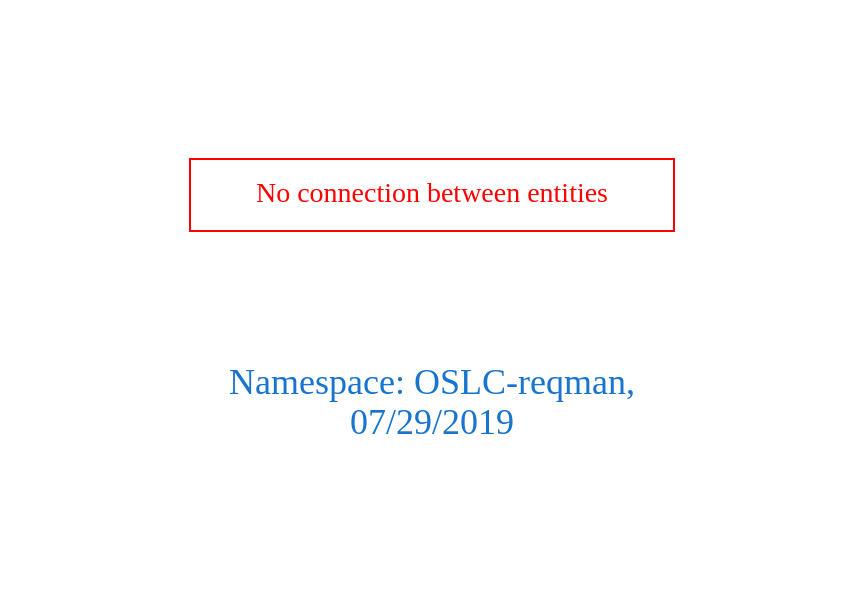
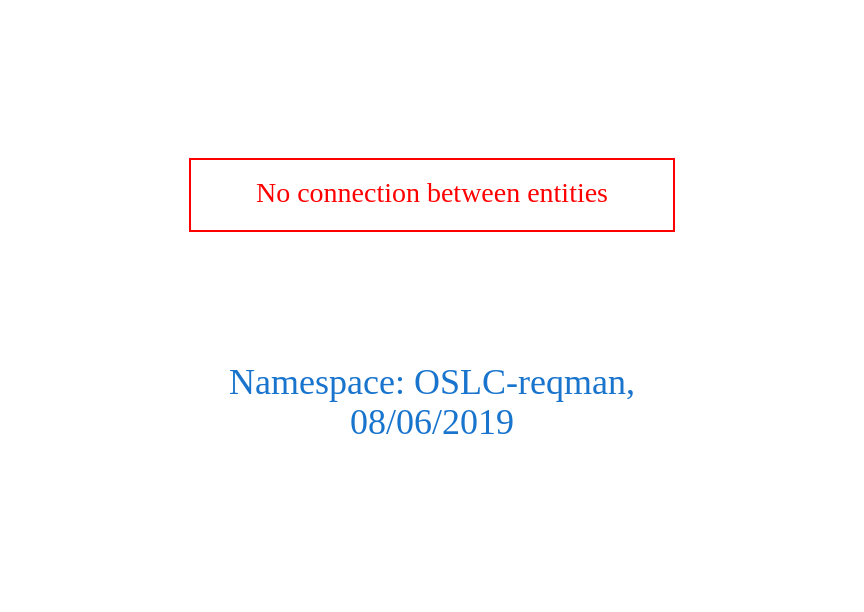
Before and after one commit to arago/OGIT: the diagram in downloads/OSLC-reqman.dot, drawn with Graphviz. The commit also changed 1471 other files, not shown here.

```diff
--- a/downloads/OSLC-reqman.dot
+++ b/downloads/OSLC-reqman.dot
@@ -1,9 +1,9 @@
 digraph OGIT_ontology {
  graph [ rankdir= LR,pad=1 
 fontsize = 18,
-fontcolor= dodgerblue3,label = "\n\n\nNamespace: OSLC-reqman, \n 07/29/2019"];
+fontcolor= dodgerblue3,label = "\n\n\nNamespace: OSLC-reqman, \n 08/06/2019"];
 node[shape=polygon];
 edge [  color="gray81"];
 
 "No connection between entities" [fontcolor = "red",color="red", shape="polygon"]
 }
```
